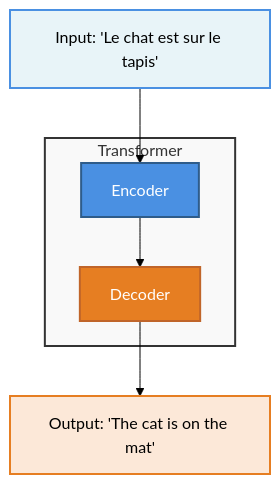
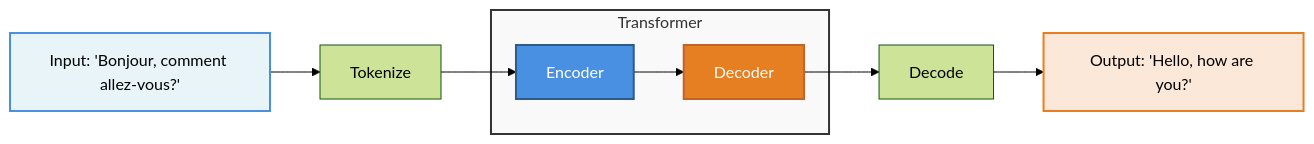
Before and after one commit to simonguest/CS-394: the diagram in src/01/diagrams/transformer-2.mmd, drawn with Mermaid (forest theme). The commit also changed 7 other files, not shown here.

```diff
--- a/src/01/diagrams/transformer-2.mmd
+++ b/src/01/diagrams/transformer-2.mmd
@@ -1,19 +1,19 @@
-graph TB
-    Input["Input: 'Le chat est sur le tapis'"]
+graph LR
+    Input["Input: 'Bonjour, comment allez-vous?'"]
     
     subgraph Transformer
         Encoder[Encoder]
         Decoder[Decoder]
         Encoder --> Decoder
     end
     
-    Output["Output: 'The cat is on the mat'"]
+    Output["Output: 'Hello, how are you?'"]
     
-    Input --> Encoder
-    Decoder --> Output
+    Input --> Tokenize --> Encoder
+    Decoder --> Decode --> Output
     
     style Encoder fill:#4A90E2,stroke:#2E5C8A,stroke-width:2px,color:#fff
     style Decoder fill:#E67E22,stroke:#C0652A,stroke-width:2px,color:#fff
     style Input fill:#E8F4F8,stroke:#4A90E2,stroke-width:2px
     style Output fill:#FCE8D8,stroke:#E67E22,stroke-width:2px
     style Transformer fill:#f9f9f9,stroke:#333,stroke-width:2px
```
